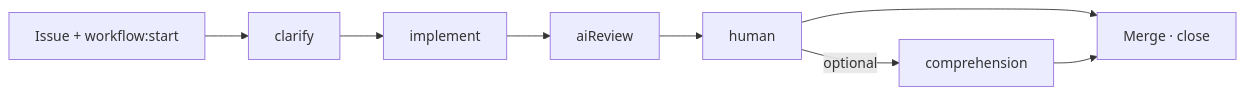
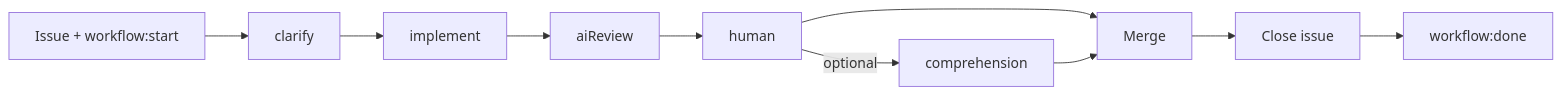
Before and after one commit to D-Andreev/ai-workflow-routines: the diagram in README.md, drawn with Mermaid. The commit also changed other lines of this file and 15 other files, not shown here.

Commit message:
workflow:close

````diff
--- a/README.md
+++ b/README.md
@@ -9,5 +9,6 @@
 ```mermaid
 flowchart LR
-    issue["Issue + workflow:start"] --> clarify --> implement --> aiReview --> human --> merge["Merge · close"]
+    issue["Issue + workflow:start"] --> clarify --> implement --> aiReview --> human --> merge["Merge"]
     human -->|"optional"| comprehension --> merge
+    merge --> closeIssue["Close issue"] --> closePhase["workflow:done"]
 ```
````
